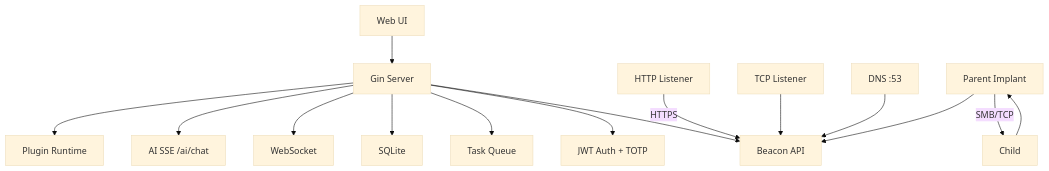
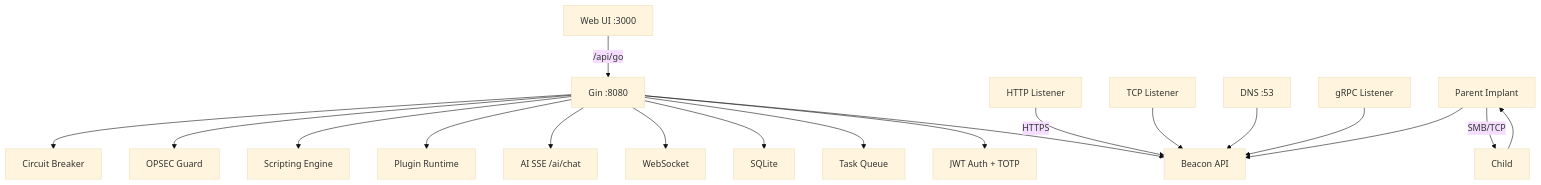
One commit to Ruka-afk/forgec2 changed the diagram in README.md. Above: the diagram before and after it, drawn with Mermaid (base theme). The commit also changed other lines of this file and 355 other files, not shown here.

First line of the commit message:
v2.2.0: Security overhaul, OPSEC Guard, Circuit Breaker, scripting engine

````diff
--- a/README.md
+++ b/README.md
@@ -186,15 +234,19 @@
 ```mermaid
 graph TD
-    A[Web UI] --> B[Gin Server]
+    A[Web UI :3000] -->|/api/go| B[Gin :8080]
     B --> C[JWT Auth + TOTP]
     B --> D[Beacon API]
     B --> E[Task Queue]
     B --> F[SQLite]
     B --> G[WebSocket]
     B --> H[AI SSE /ai/chat]
     B --> I[Plugin Runtime]
-    J[HTTP Listener] -->|HTTPS| D
-    K[TCP Listener] --> D
-    L[DNS :53] --> D
-    M[Parent Implant] -->|SMB/TCP| N[Child] --> M --> D
+    B --> J[Scripting Engine]
+    B --> K[OPSEC Guard]
+    B --> L[Circuit Breaker]
+    M[HTTP Listener] -->|HTTPS| D
+    N[TCP Listener] --> D
+    O[DNS :53] --> D
+    P[gRPC Listener] --> D
+    Q[Parent Implant] -->|SMB/TCP| R[Child] --> Q --> D
 ```
````
